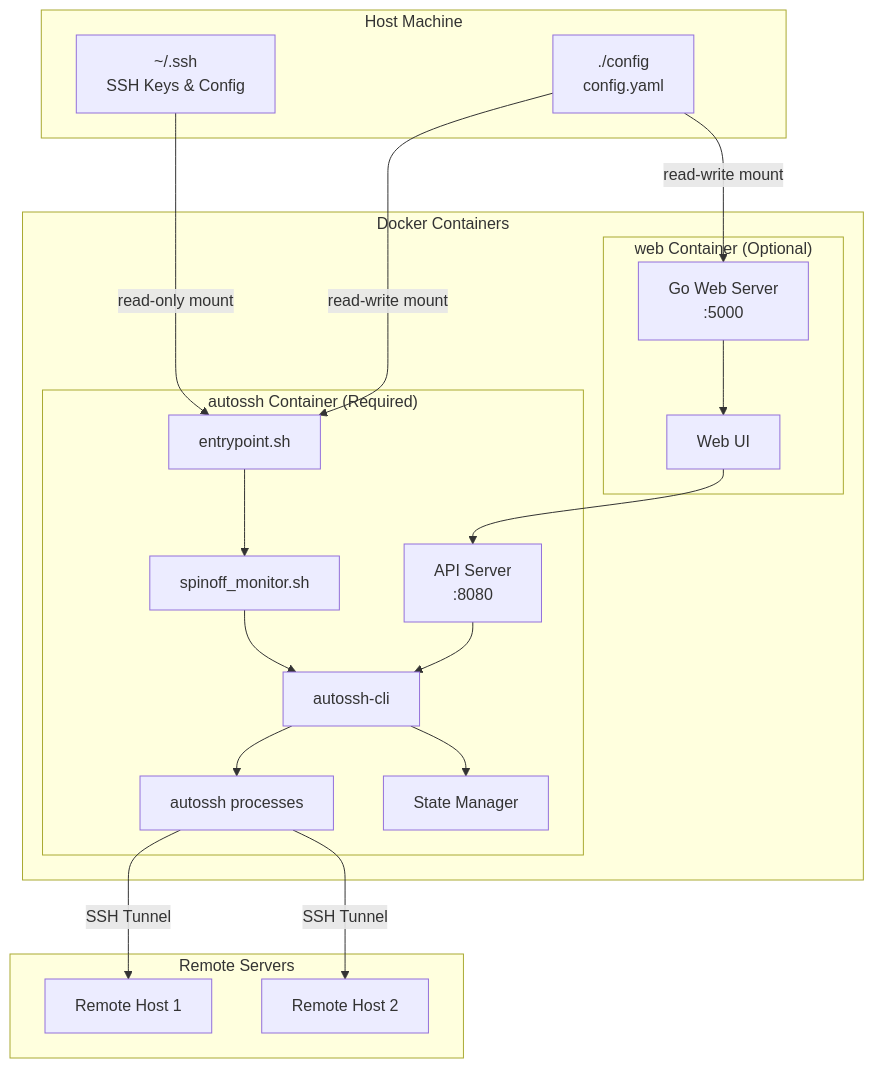
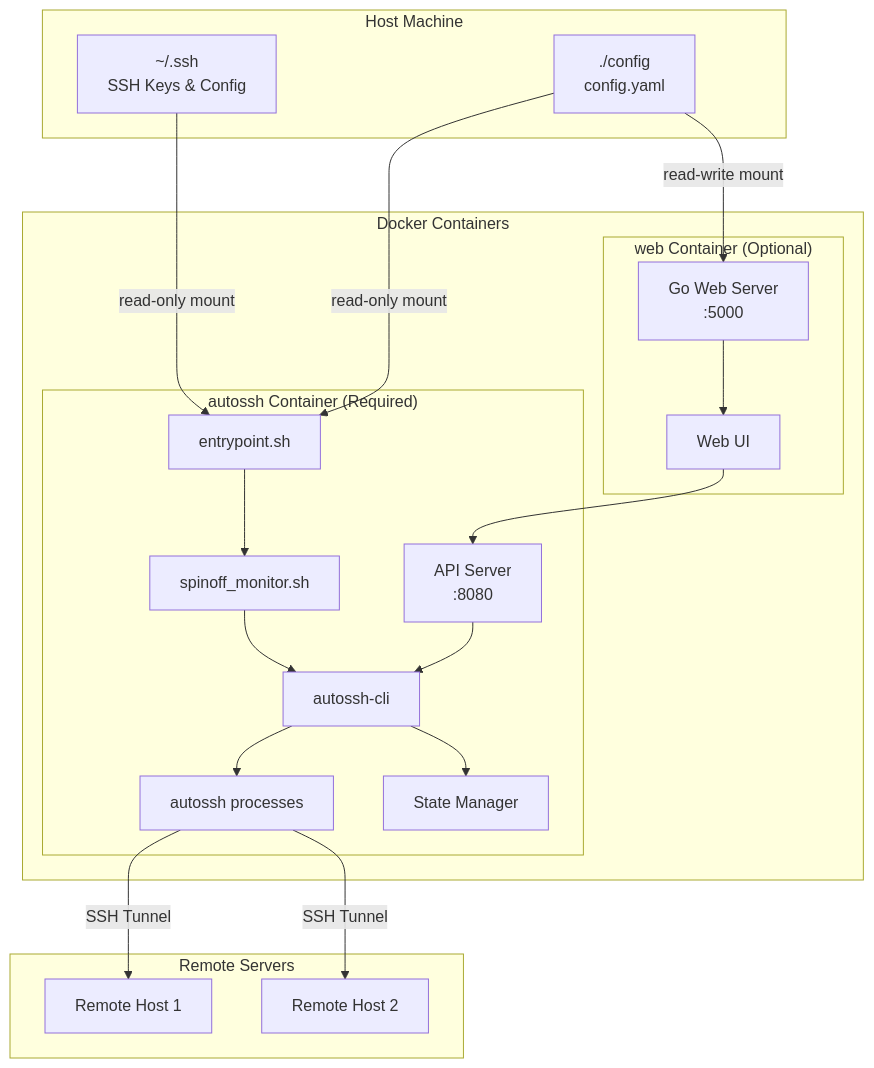
The first of 3 diagrams in docs/architecture.md (Oaklight/autossh-tunnel-dockerized), drawn with Mermaid before and after one commit.

Commit message:
Fix: CONFIG mount to ENTRY should be read-only in architecture diagram

````diff
--- a/docs/architecture.md
+++ b/docs/architecture.md
@@ -15,44 +15,44 @@
 ```mermaid
 graph TB
     subgraph "Host Machine"
         SSH[~/.ssh<br/>SSH Keys & Config]
         CONFIG[./config<br/>config.yaml]
     end
     
     subgraph "Docker Containers"
         subgraph "autossh Container (Required)"
             ENTRY[entrypoint.sh]
             MONITOR[spinoff_monitor.sh]
             CLI[autossh-cli]
             API[API Server<br/>:8080]
             AUTOSSH[autossh processes]
             STATE[State Manager]
         end
         
         subgraph "web Container (Optional)"
             WEBSERVER[Go Web Server<br/>:5000]
             WEBUI[Web UI]
         end
     end
     
     subgraph "Remote Servers"
         REMOTE1[Remote Host 1]
         REMOTE2[Remote Host 2]
     end
     
     SSH -->|read-only mount| ENTRY
-    CONFIG -->|read-write mount| ENTRY
+    CONFIG -->|read-only mount| ENTRY
     CONFIG -->|read-write mount| WEBSERVER
     
     ENTRY --> MONITOR
     MONITOR --> CLI
     CLI --> STATE
     CLI --> AUTOSSH
     API --> CLI
     
     WEBUI --> API
     WEBSERVER --> WEBUI
     
     AUTOSSH -->|SSH Tunnel| REMOTE1
     AUTOSSH -->|SSH Tunnel| REMOTE2
 ```
````
